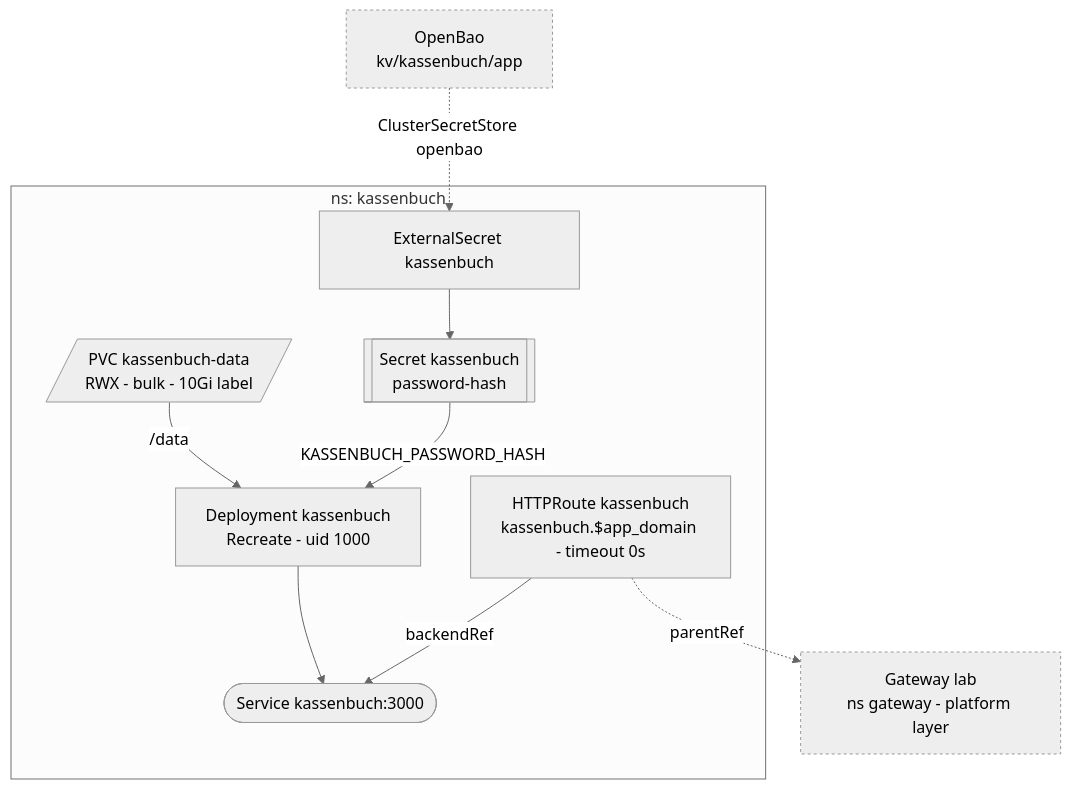
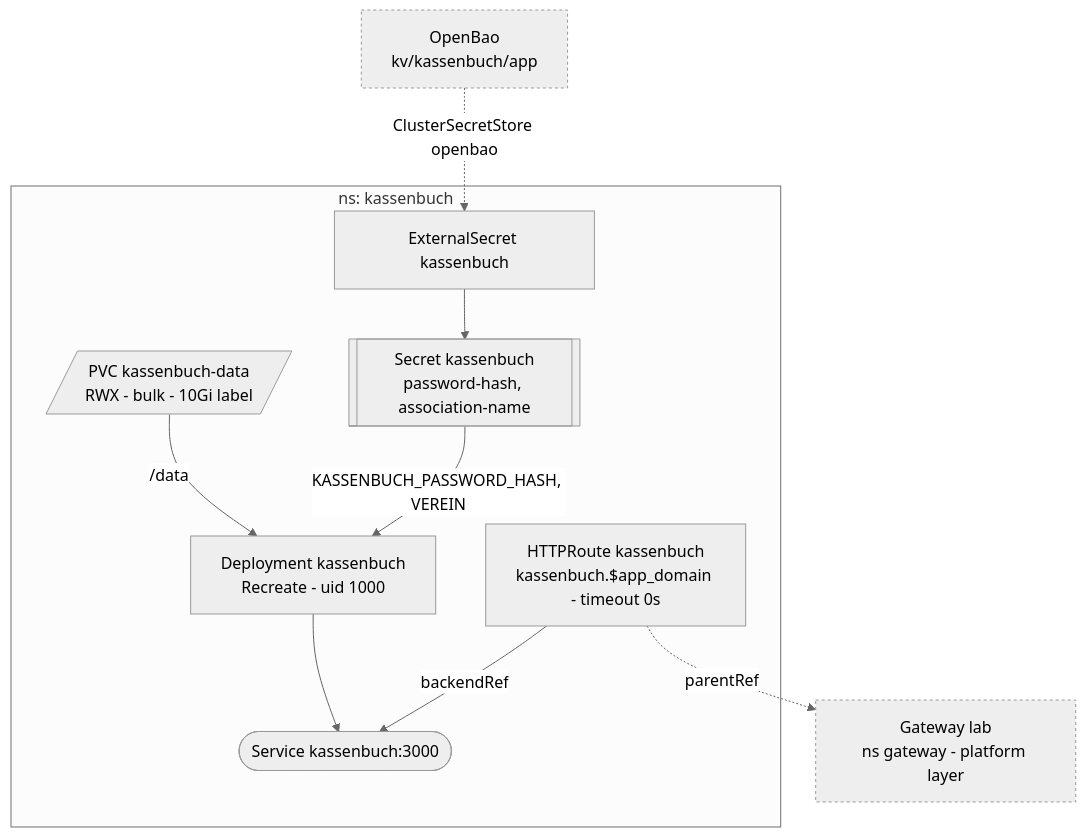
The diagram in docs/kassenbuch.md (Sojamann/homelab-apps), drawn with Mermaid (neutral theme) before and after one commit. The commit also changed other lines of this file and 2 other files, not shown here.

Commit message:
bump kassenbuch to 1.0.0, add VEREIN

````diff
--- a/docs/kassenbuch.md
+++ b/docs/kassenbuch.md
@@ -8,17 +8,17 @@
 ```mermaid
 graph TD
   subgraph kb["ns: kassenbuch"]
-    ES["ExternalSecret kassenbuch"] --> SEC[["Secret kassenbuch<br/>password-hash"]]
+    ES["ExternalSecret kassenbuch"] --> SEC[["Secret kassenbuch<br/>password-hash, association-name"]]
     SRV["Deployment kassenbuch<br/>Recreate - uid 1000"]
     SRV --> SVC(["Service kassenbuch:3000"])
     PVC[/"PVC kassenbuch-data<br/>RWX - bulk - 10Gi label"/] -->|/data| SRV
-    SEC -->|KASSENBUCH_PASSWORD_HASH| SRV
+    SEC -->|KASSENBUCH_PASSWORD_HASH, VEREIN| SRV
     RT["HTTPRoute kassenbuch<br/>kassenbuch.$app_domain - timeout 0s"] -->|backendRef| SVC
   end
 
   BAO["OpenBao<br/>kv/kassenbuch/app"] -.->|ClusterSecretStore openbao| ES
   RT -.->|parentRef| GW["Gateway lab<br/>ns gateway - platform layer"]
 
   classDef ext fill:#eee,stroke:#999,stroke-dasharray:3 3;
   class GW,BAO ext;
 ```
````
